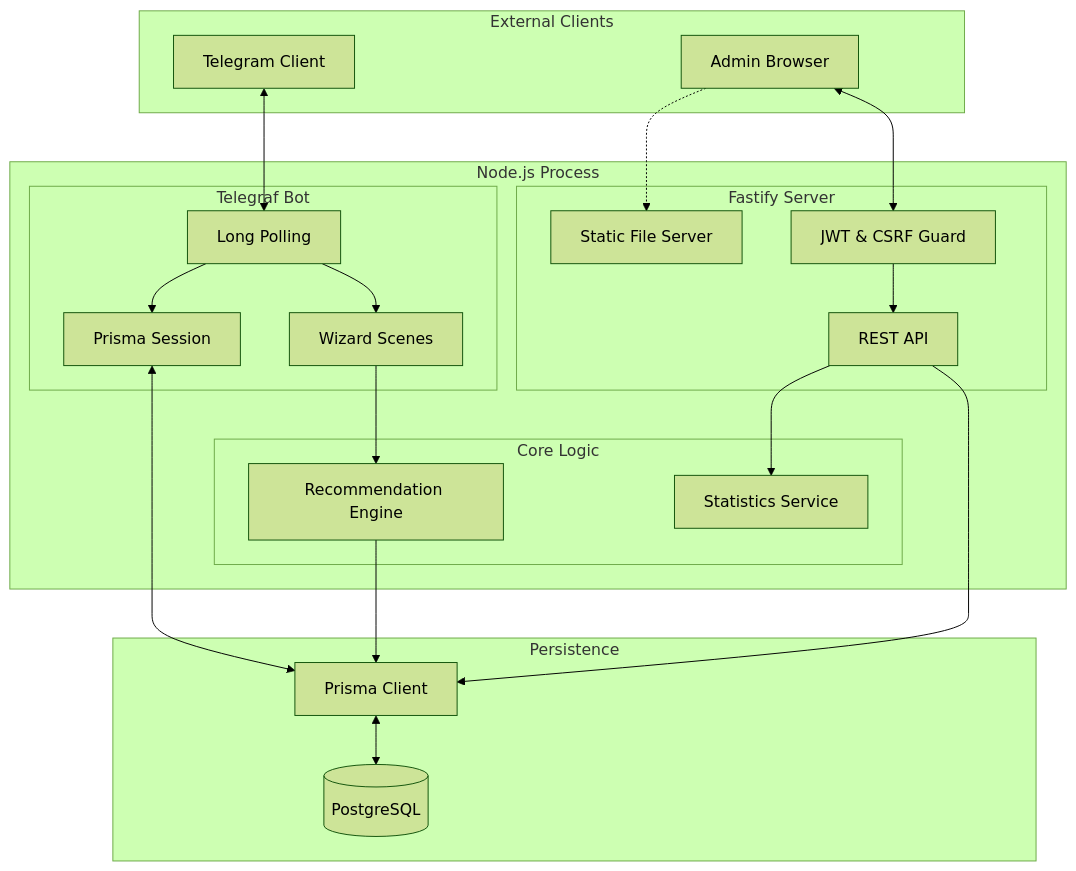
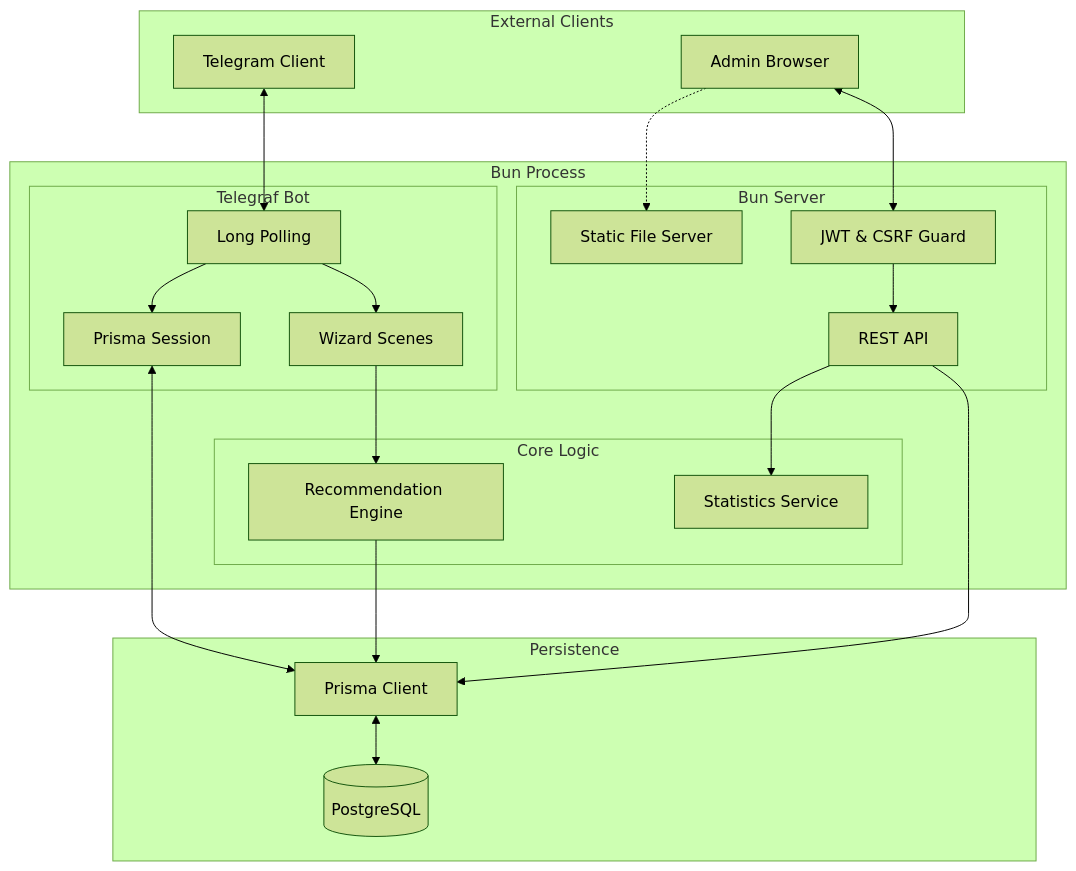
One commit to kotru21/bsuir changed the diagram in docs/TECHNICAL_DESCRIPTION.md. Above: the diagram before and after it, drawn with Mermaid (forest theme). The commit also changed other lines of this file and 44 other files, not shown here.

First line of the commit message:
Migrate admin API from Fastify to Bun.serve

````diff
--- a/docs/TECHNICAL_DESCRIPTION.md
+++ b/docs/TECHNICAL_DESCRIPTION.md
@@ -60,46 +60,46 @@
 ```mermaid
 graph TD
     subgraph "External Clients"
         TG[Telegram Client]
         Web[Admin Browser]
     end
 
-    subgraph "Node.js Process"
+    subgraph "Bun Process"
         subgraph "Telegraf Bot"
             Polling[Long Polling]
             Scenes[Wizard Scenes]
             SessionMW[Prisma Session]
         end
 
-        subgraph "Fastify Server"
+        subgraph "Bun Server"
             API[REST API]
             Static[Static File Server]
             Auth[JWT & CSRF Guard]
         end
 
         subgraph "Core Logic"
             RecEngine[Recommendation Engine]
             Stats[Statistics Service]
         end
     end
 
     subgraph "Persistence"
         DB[(PostgreSQL)]
         Prisma[Prisma Client]
     end
 
     TG <--> Polling
     Polling --> SessionMW
     SessionMW <--> Prisma
     Polling --> Scenes
     Scenes --> RecEngine
     RecEngine --> Prisma
 
     Web <--> Auth
     Auth --> API
     API --> Stats
     API --> Prisma
     Web -.-> Static
 
     Prisma <--> DB
 ```
````
